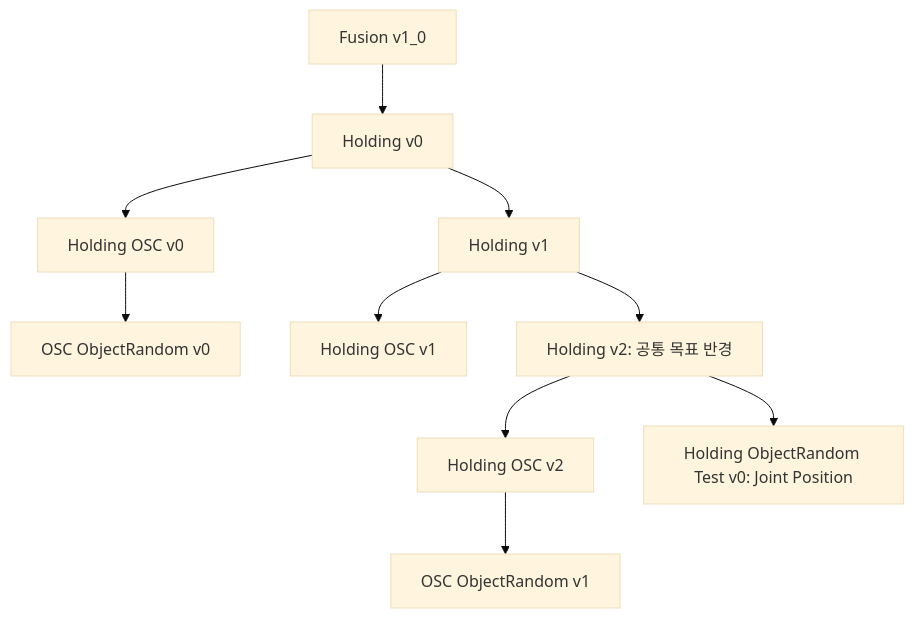
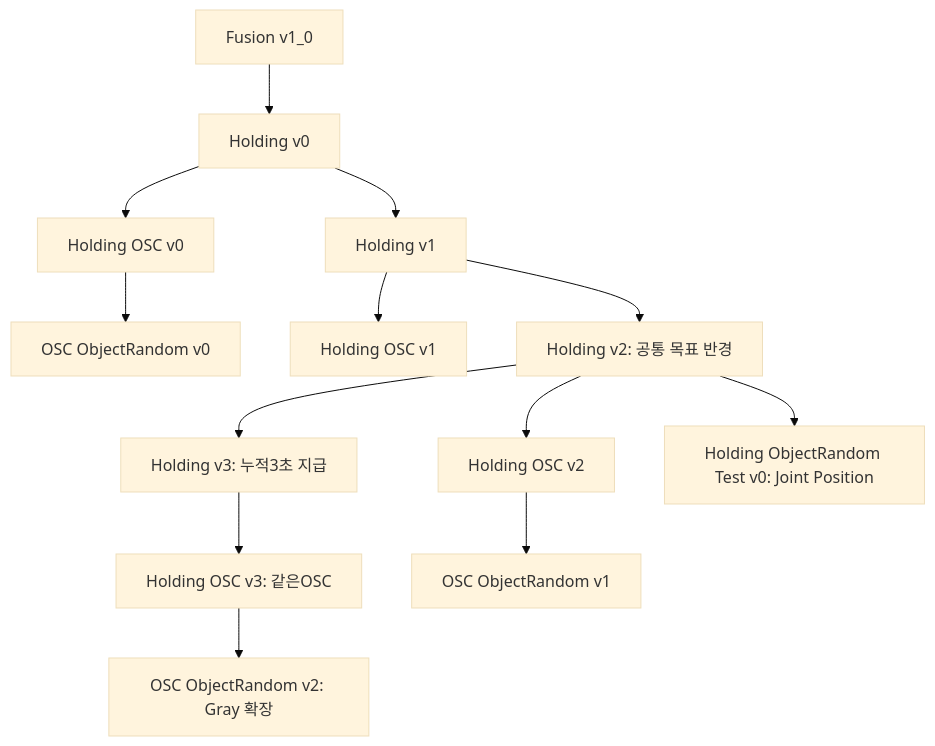
Before and after one commit to 7cmdehdrb/Contact-Rich-Manipulation-Context: the diagram in 02_implementation/environments/FUSION_HOLDING_FAMILY.md, drawn with Mermaid (base theme). The commit also changed other lines of this file and 11 other files, not shown here.

First line of the commit message:
feat: Update environment documentation and logs for ObjectRandom-v2 and Holding v3

````diff
--- a/02_implementation/environments/FUSION_HOLDING_FAMILY.md
+++ b/02_implementation/environments/FUSION_HOLDING_FAMILY.md
@@ -64,12 +66,15 @@
 ```mermaid
 flowchart TD
     F["Fusion v1_0"] --> H0["Holding v0"]
     H0 --> H1["Holding v1"]
     H0 --> O0["Holding OSC v0"]
     O0 --> R0["OSC ObjectRandom v0"]
     H1 --> O1["Holding OSC v1"]
     H1 --> H2["Holding v2: 공통 목표 반경"]
     H2 --> O2["Holding OSC v2"]
+    H2 --> H3["Holding v3: 누적3초 지급"]
+    H3 --> O3["Holding OSC v3: 같은OSC"]
+    O3 --> R2["OSC ObjectRandom v2: Gray 확장"]
     H2 --> JRT["Holding ObjectRandom Test v0: Joint Position"]
     O2 --> R1["OSC ObjectRandom v1"]
 ```
````
